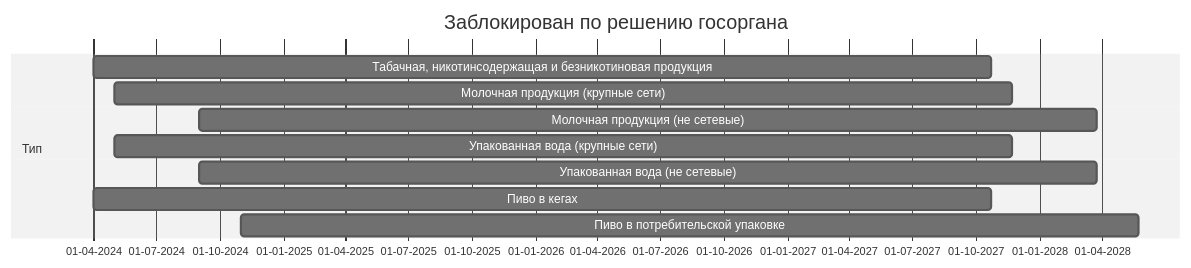
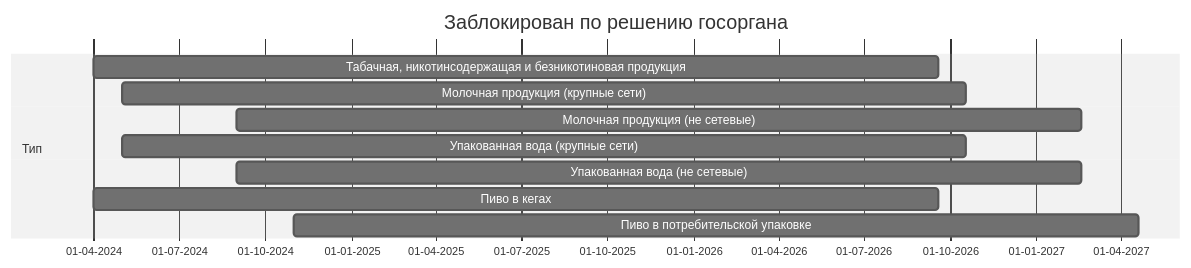
Before and after one commit to itidasoft/wiki: the third of 7 diagrams in imark/ppr1944.md, drawn with Mermaid (neutral theme). The commit also changed other lines of this file, not shown here.

````diff
--- a/imark/ppr1944.md
+++ b/imark/ppr1944.md
@@ -222,14 +222,14 @@
 ```mermaid
 gantt
 	title Заблокирован по решению госоргана
   dateFormat DD-MM-YYYY
   axisFormat %d-%m-%Y
   section Тип  
-  	Табачная, никотинсодержащая и безникотиновая продукция          :a1, 01-04-2024, 1300d
-    Молочная продукция (крупные сети)    :a2, 01-05-2024, 1300d
-    Молочная продукция (не сетевые)    :a3, 01-09-2024, 1300d
-    Упакованная вода (крупные сети)   :a4, 01-05-2024, 1300d
-    Упакованная вода (не сетевые)   :a5, 01-09-2024, 1300d
-    Пиво в кегах       :a6, 01-04-2024, 1300d
-    Пиво в потребительской упаковке       :a7, 01-11-2024, 1300d
+  	Табачная, никотинсодержащая и безникотиновая продукция          :a1, 01-04-2024, 900d
+    Молочная продукция (крупные сети)    :a2, 01-05-2024, 900d
+    Молочная продукция (не сетевые)    :a3, 01-09-2024, 900d
+    Упакованная вода (крупные сети)   :a4, 01-05-2024, 900d
+    Упакованная вода (не сетевые)   :a5, 01-09-2024, 900d
+    Пиво в кегах       :a6, 01-04-2024, 900d
+    Пиво в потребительской упаковке       :a7, 01-11-2024, 900d
 ```
````
